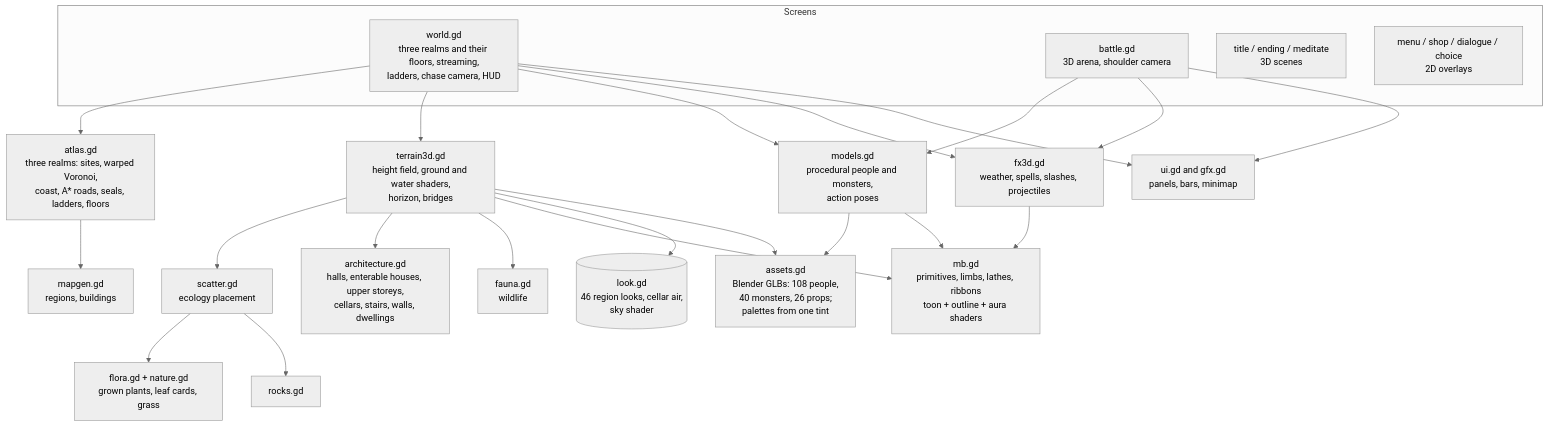
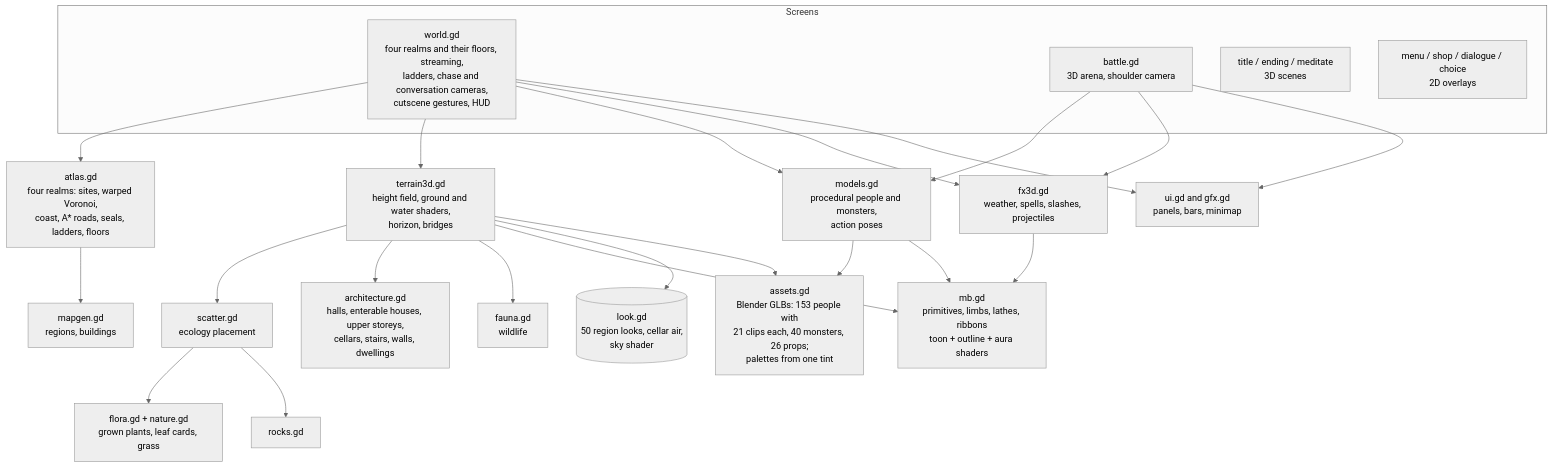
Before and after one commit to jgyy/timegox: diagram 20 of 21 in README.md, drawn with Mermaid (neutral theme). The commit also changed other lines of this file and 274 other files, not shown here.

Commit message:
Part XII: the Returning Ruins (+1h21m), realms and talents that matter, cutscene gestures, more townsfolk, plot-hole fixes (#12)

````diff
--- a/README.md
+++ b/README.md
@@ -1046,29 +1238,29 @@
 ```mermaid
 flowchart TD
     subgraph Screens
-        W[world.gd<br/>three realms and their floors, streaming,<br/>ladders, chase camera, HUD]
+        W[world.gd<br/>four realms and their floors, streaming,<br/>ladders, chase and conversation cameras,<br/>cutscene gestures, HUD]
         B[battle.gd<br/>3D arena, shoulder camera]
         T[title / ending / meditate<br/>3D scenes]
         M[menu / shop / dialogue / choice<br/>2D overlays]
     end
-    W --> ATL[atlas.gd<br/>three realms: sites, warped Voronoi,<br/>coast, A* roads, seals, ladders, floors]
+    W --> ATL[atlas.gd<br/>four realms: sites, warped Voronoi,<br/>coast, A* roads, seals, ladders, floors]
     ATL --> MG2[mapgen.gd<br/>regions, buildings]
     W --> TER[terrain3d.gd<br/>height field, ground and water shaders,<br/>horizon, bridges]
     TER --> SC[scatter.gd<br/>ecology placement]
     SC --> FL[flora.gd + nature.gd<br/>grown plants, leaf cards, grass]
     SC --> RK[rocks.gd]
     TER --> ARC[architecture.gd<br/>halls, enterable houses, upper storeys,<br/>cellars, stairs, walls, dwellings]
     TER --> FA[fauna.gd<br/>wildlife]
     W --> MOD[models.gd<br/>procedural people and monsters,<br/>action poses]
-    MOD --> AS[assets.gd<br/>Blender GLBs: 108 people,<br/>40 monsters, 26 props;<br/>palettes from one tint]
+    MOD --> AS[assets.gd<br/>Blender GLBs: 153 people with<br/>21 clips each, 40 monsters, 26 props;<br/>palettes from one tint]
     B --> MOD
     B --> FX[fx3d.gd<br/>weather, spells, slashes, projectiles]
     W --> FX
     TER --> MB[mb.gd<br/>primitives, limbs, lathes, ribbons<br/>toon + outline + aura shaders]
     MOD --> MB
     FX --> MB
-    TER --> LK[(look.gd<br/>46 region looks, cellar air,<br/>sky shader)]
+    TER --> LK[(look.gd<br/>50 region looks, cellar air,<br/>sky shader)]
     TER --> AS
     W --> UI[ui.gd and gfx.gd<br/>panels, bars, minimap]
     B --> UI
 ```
````
